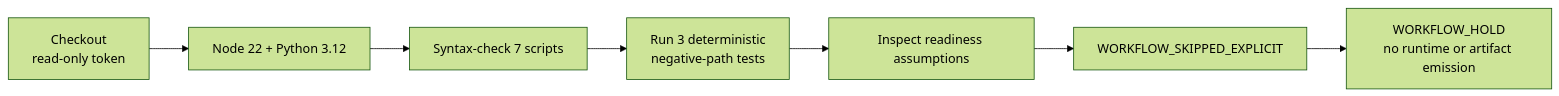
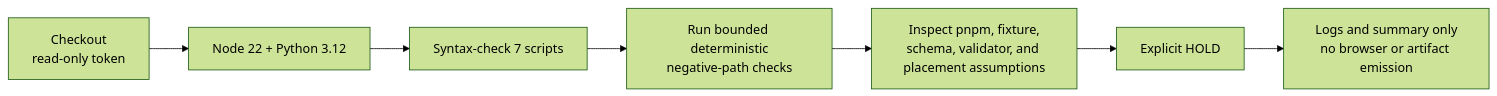
The diagram in scripts/README.md (bartytime4life/Kansas-Frontier-Matrix), drawn with Mermaid (forest theme) before and after one commit. The commit also changed other lines of this file, not shown here.

````diff
--- a/scripts/README.md
+++ b/scripts/README.md
@@ -698,9 +817,9 @@
 ```mermaid
 flowchart LR
     A["Checkout<br/>read-only token"] --> B["Node 22 + Python 3.12"]
     B --> C["Syntax-check 7 scripts"]
-    C --> D["Run 3 deterministic<br/>negative-path tests"]
-    D --> E["Inspect readiness assumptions"]
-    E --> F["WORKFLOW_SKIPPED_EXPLICIT"]
-    F --> G["WORKFLOW_HOLD<br/>no runtime or artifact emission"]
+    C --> D["Run bounded deterministic<br/>negative-path checks"]
+    D --> E["Inspect pnpm, fixture,<br/>schema, validator, and placement assumptions"]
+    E --> F["Explicit HOLD"]
+    F --> G["Logs and summary only<br/>no browser or artifact emission"]
 ```
````
